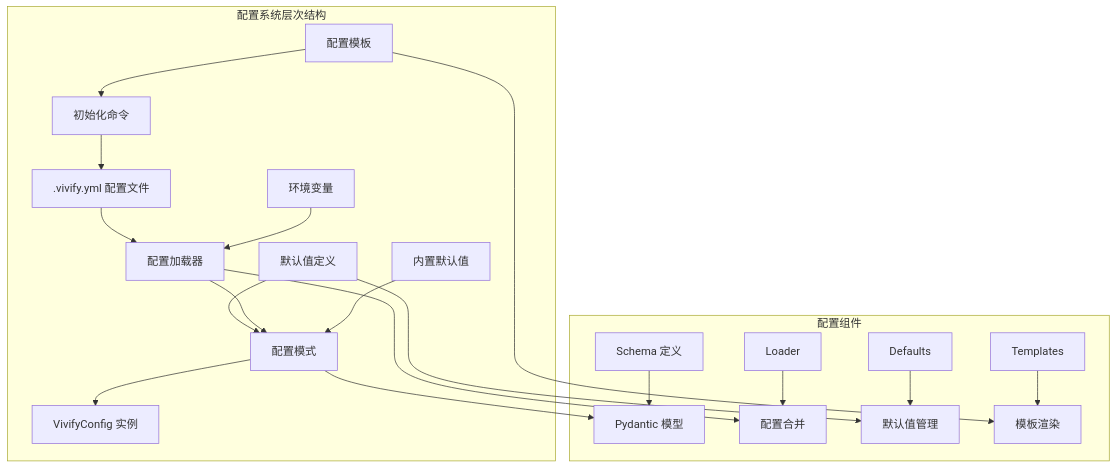
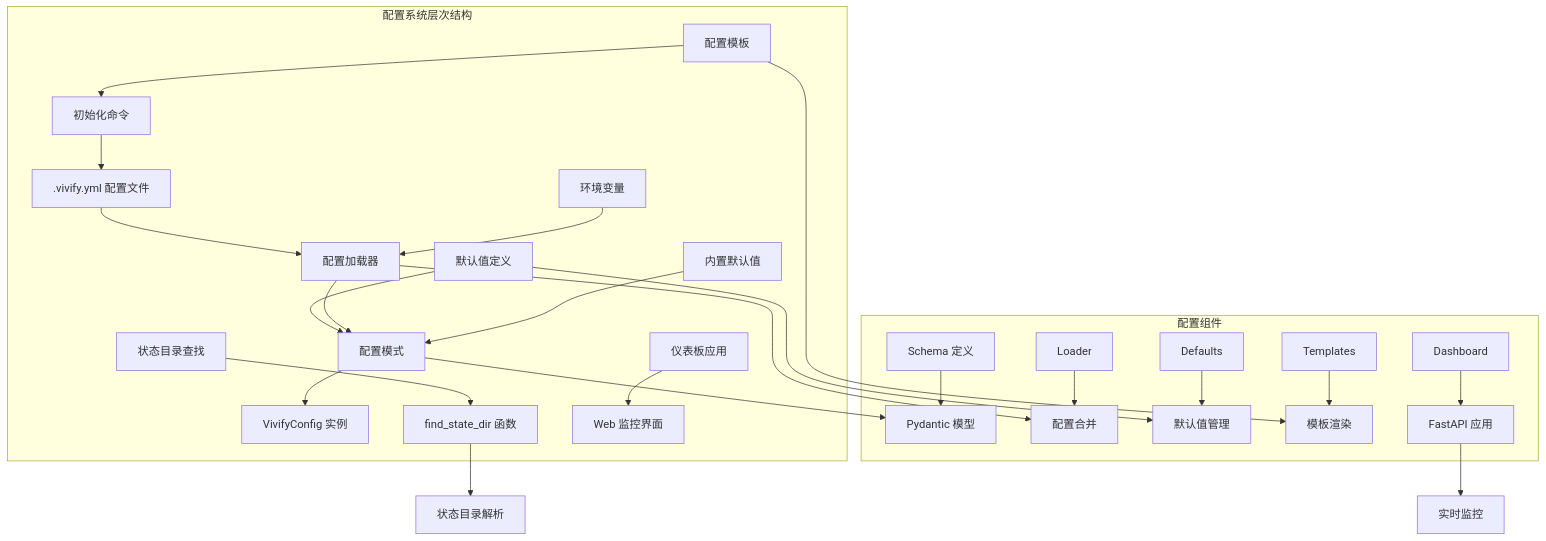
One commit to pinsonchen/vivify changed the first of 8 diagrams in .qoder/repowiki/zh/content/技术实现参考/配置文件更新/配置文件更新.md. Above: the diagram before and after it, drawn with Mermaid. The commit also changed other lines of this file and 5 other files, not shown here.

````diff
--- a/.qoder/repowiki/zh/content/技术实现参考/配置文件更新/配置文件更新.md
+++ b/.qoder/repowiki/zh/content/技术实现参考/配置文件更新/配置文件更新.md
@@ -53,23 +62,28 @@
 ```mermaid
 graph TB
 subgraph "配置系统层次结构"
 A[.vivify.yml 配置文件] --> B[配置加载器]
 C[配置模板] --> D[初始化命令]
 E[默认值定义] --> F[配置模式]
 B --> F
 D --> A
 F --> G[VivifyConfig 实例]
 H[环境变量] --> B
 I[内置默认值] --> F
+J[状态目录查找] --> K[find_state_dir 函数]
+L[仪表板应用] --> M[Web 监控界面]
 end
 subgraph "配置组件"
-J[Schema 定义] --> K[Pydantic 模型]
-L[Loader] --> M[配置合并]
-N[Defaults] --> O[默认值管理]
-P[Templates] --> Q[模板渲染]
+N[Schema 定义] --> O[Pydantic 模型]
+P[Loader] --> Q[配置合并]
+R[Defaults] --> S[默认值管理]
+T[Templates] --> U[模板渲染]
+V[Dashboard] --> W[FastAPI 应用]
 end
-F --> K
-B --> M
-E --> O
-C --> Q
+F --> O
+B --> Q
+E --> S
+C --> U
+K --> X[状态目录解析]
+W --> Y[实时监控]
 ```
````
